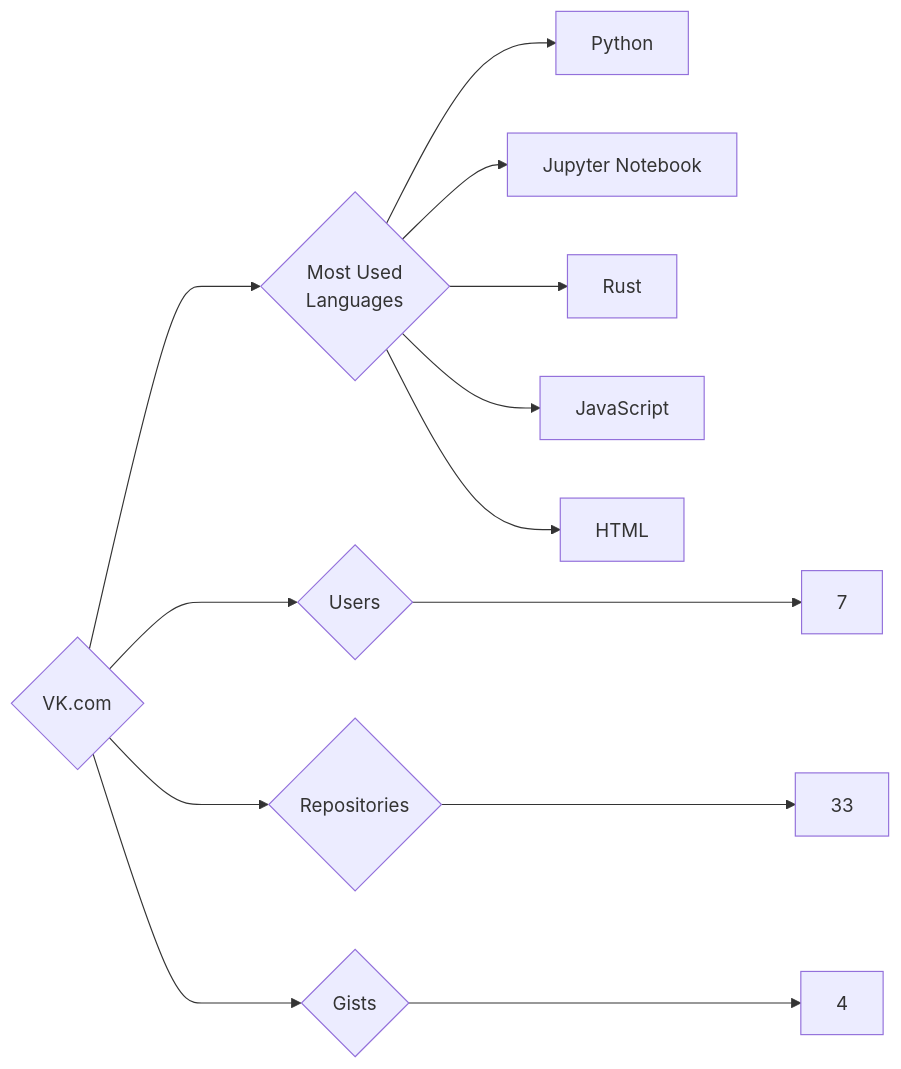
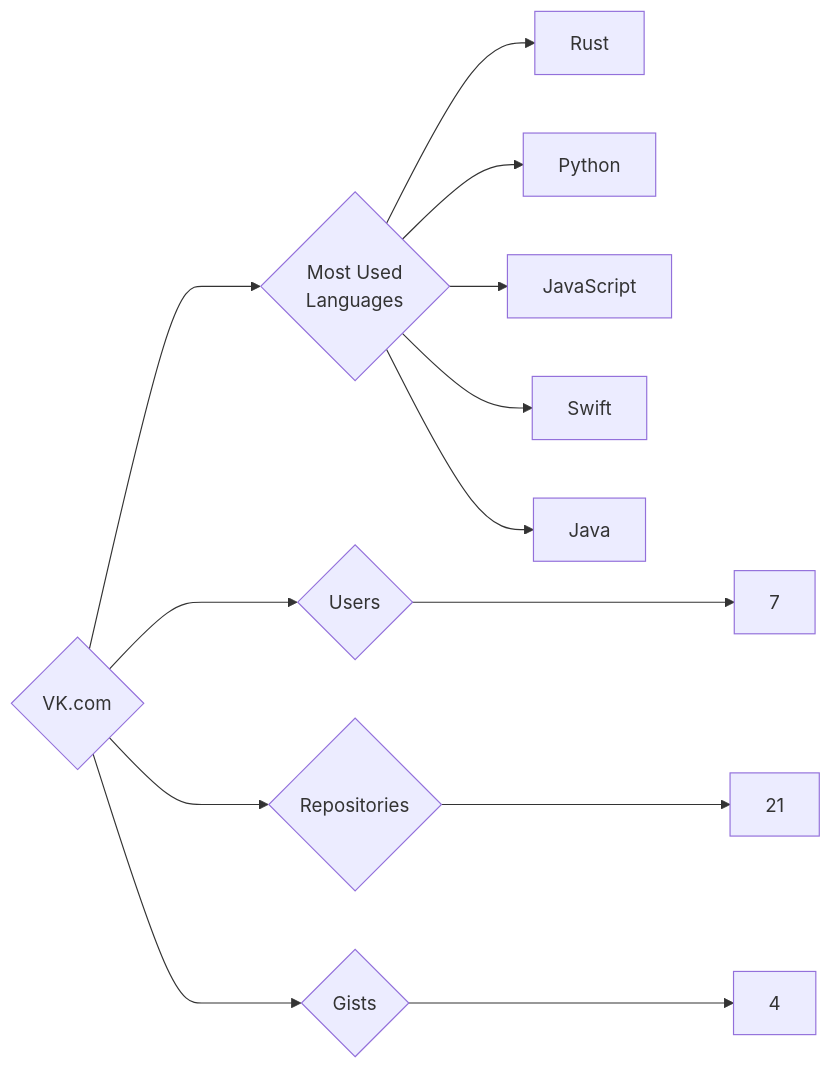
Before and after one commit to trickest/insiders: the diagram in targets/VK.com/README.md, drawn with Mermaid. The commit also changed 681 other files, not shown here.

````diff
--- a/targets/VK.com/README.md
+++ b/targets/VK.com/README.md
@@ -3,13 +3,13 @@
 ```mermaid
 graph LR
 COMPANY_NAME{VK.com}
 COMPANY_NAME ---> U{Users} ---> UN[7]
-COMPANY_NAME ---> R{Repositories} ---> RN[33]
+COMPANY_NAME ---> R{Repositories} ---> RN[21]
 COMPANY_NAME ---> G{Gists} ---> GN[4]
 COMPANY_NAME ---> ML{Most Used<br>Languages}
+ML --> Rust[Rust]
 ML --> Python[Python]
-ML --> Jupyter_Notebook[Jupyter Notebook]
-ML --> Rust[Rust]
 ML --> JavaScript[JavaScript]
-ML --> HTML[HTML]
+ML --> Swift[Swift]
+ML --> Java[Java]
 ```
````
